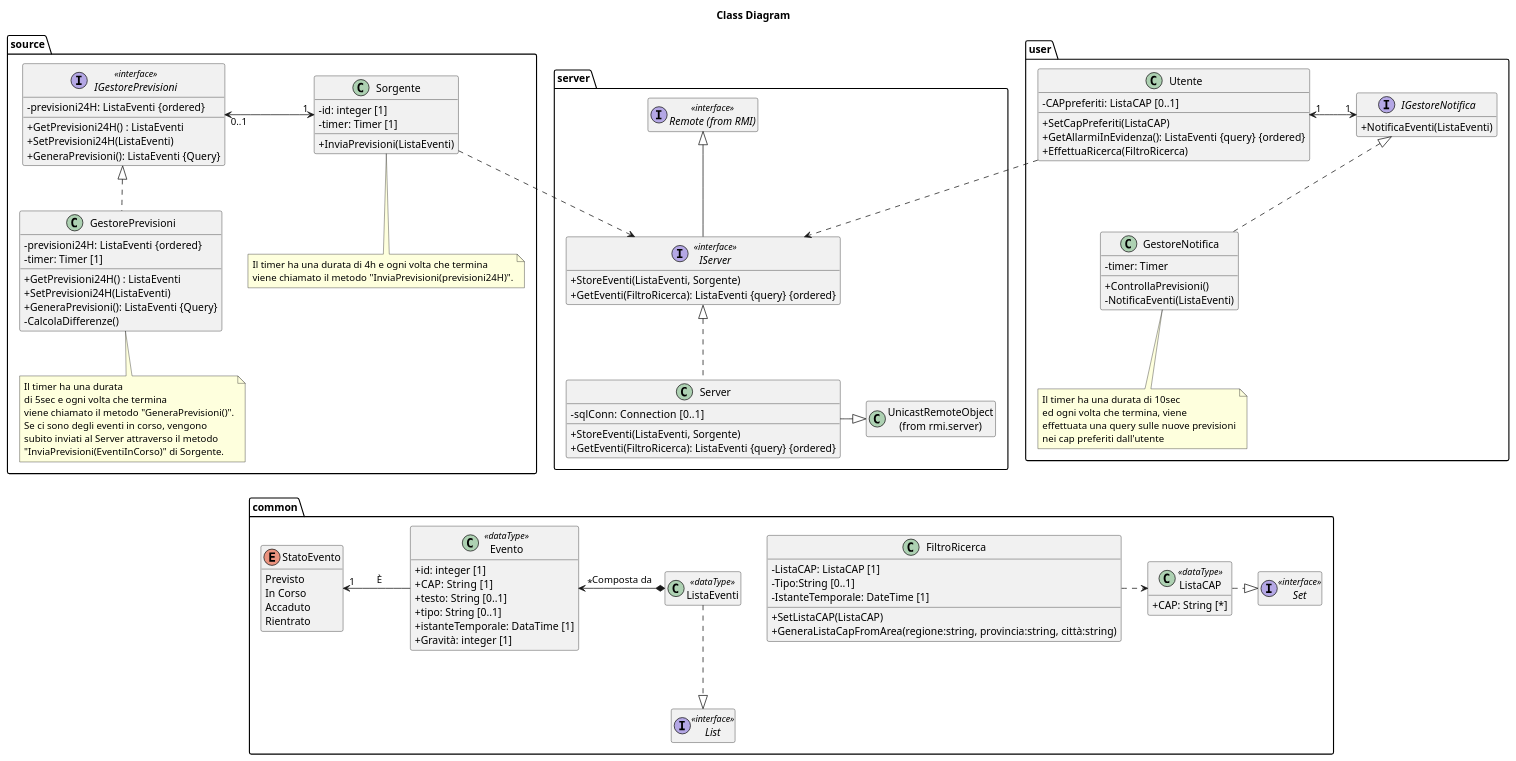
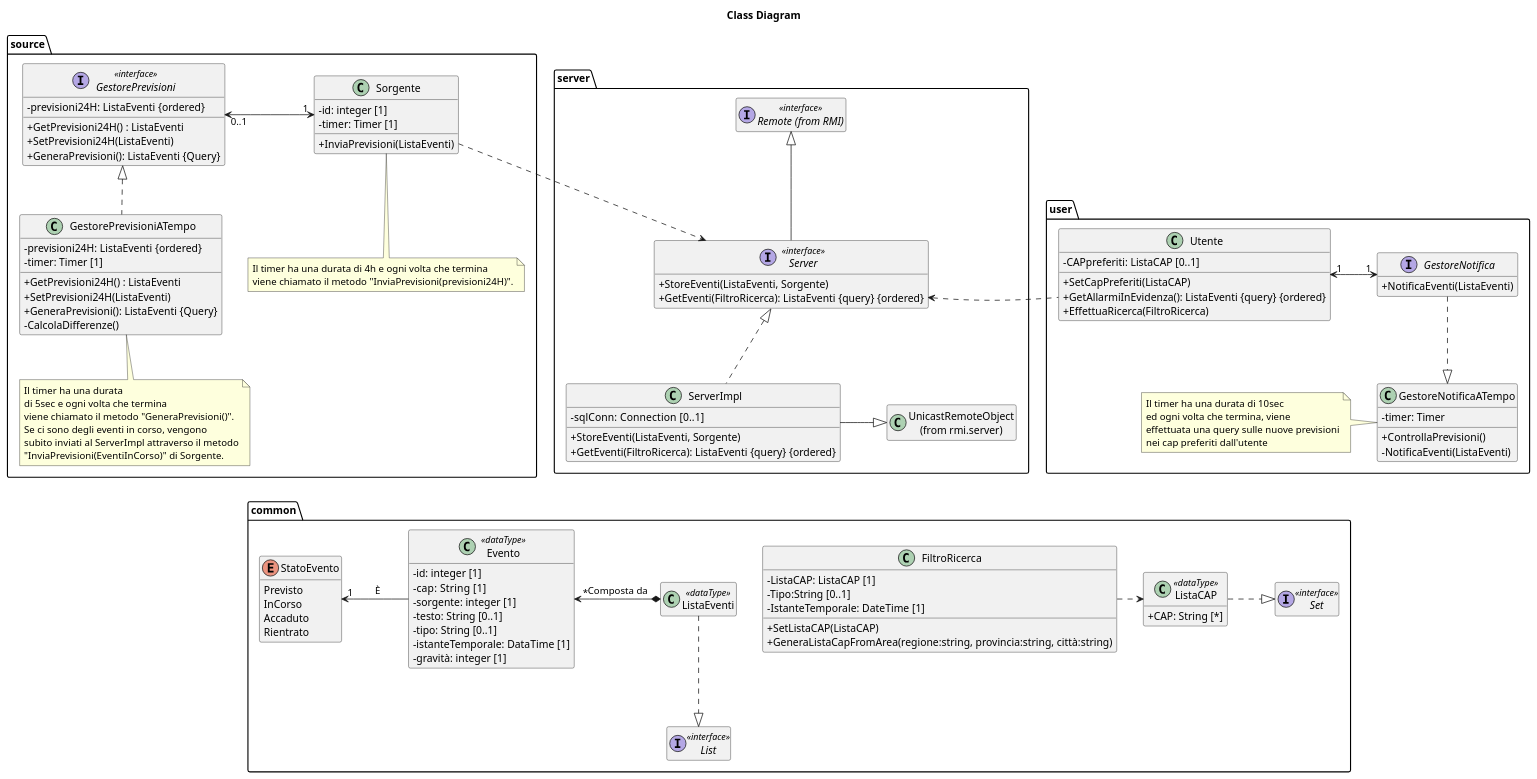
Before and after one commit to xFA25E/sweng_14_2019: the diagram in docs/diagrams/class.puml, drawn with PlantUML. The commit also changed 1 other file, not shown here.

Commit message:
changes in naming and layout of ClassDiagram

```diff
--- a/docs/diagrams/class.puml
+++ b/docs/diagrams/class.puml
@@ -1,130 +1,130 @@
 @startuml
 title Class Diagram
 package source {
-    interface IGestorePrevisioni<<interface>> {
+    interface GestorePrevisioni<<interface>> {
         - previsioni24H: ListaEventi {ordered}
         + GetPrevisioni24H() : ListaEventi
         + SetPrevisioni24H(ListaEventi)
         + GeneraPrevisioni(): ListaEventi {Query}
     }
 
-    class GestorePrevisioni {
+    class GestorePrevisioniATempo {
         - previsioni24H: ListaEventi {ordered}
         - timer: Timer [1]
         + GetPrevisioni24H() : ListaEventi
         + SetPrevisioni24H(ListaEventi)
         + GeneraPrevisioni(): ListaEventi {Query}
         - CalcolaDifferenze()
     }
 
     class Sorgente {
         - id: integer [1]
         - timer: Timer [1]
         + InviaPrevisioni(ListaEventi)
     }
     note bottom of Sorgente: Il timer ha una durata di 4h e ogni volta che termina\nviene chiamato il metodo "InviaPrevisioni(previsioni24H)".
-    note bottom of GestorePrevisioni: Il timer ha una durata\ndi 5sec e ogni volta che termina\nviene chiamato il metodo "GeneraPrevisioni()".\nSe ci sono degli eventi in corso, vengono\nsubito inviati al Server attraverso il metodo\n"InviaPrevisioni(EventiInCorso)" di Sorgente.
+    note bottom of GestorePrevisioniATempo: Il timer ha una durata\ndi 5sec e ogni volta che termina\nviene chiamato il metodo "GeneraPrevisioni()".\nSe ci sono degli eventi in corso, vengono\nsubito inviati al ServerImpl attraverso il metodo\n"InviaPrevisioni(EventiInCorso)" di Sorgente.
 
-    IGestorePrevisioni "0..1" <-> "1" Sorgente : \t\t\t
-    IGestorePrevisioni <|.. GestorePrevisioni
+    GestorePrevisioni "0..1" <-> "1" Sorgente : \t\t\t
+    GestorePrevisioni <|.. GestorePrevisioniATempo
 }
 
 package server{
     interface "Remote (from RMI)" as Remote <<interface>>
 
-    interface IServer<<interface>> {
+    interface Server<<interface>> {
         + StoreEventi(ListaEventi, Sorgente)
         + GetEventi(FiltroRicerca): ListaEventi {query} {ordered}
     }
 
-    class Server {
+    class ServerImpl {
         - sqlConn: Connection  [0..1]
         + StoreEventi(ListaEventi, Sorgente)
         + GetEventi(FiltroRicerca): ListaEventi {query} {ordered}
     }
 
     class "UnicastRemoteObject\n(from rmi.server)" as UnicastRemoteObject
 
-    Remote <|-- IServer
-    IServer <|.. Server
-    Server -|> UnicastRemoteObject
+    Remote <|-- Server
+    Server <|.. ServerImpl
+    ServerImpl -|> UnicastRemoteObject :\t
 }
 
-Sorgente .> IServer
+Sorgente .> Server
 
 package user {
     class Utente {
         - CAPpreferiti: ListaCAP [0..1]
         + SetCapPreferiti(ListaCAP)
         + GetAllarmiInEvidenza(): ListaEventi {query} {ordered}
         + EffettuaRicerca(FiltroRicerca)
     }
 
-    interface IGestoreNotifica {
+    interface GestoreNotifica {
         + NotificaEventi(ListaEventi)
     }
 
-    class GestoreNotifica {
+    class GestoreNotificaATempo {
         - timer: Timer
         + ControllaPrevisioni()
         - NotificaEventi(ListaEventi)
     }
-    note bottom of GestoreNotifica: Il timer ha una durata di 10sec\ned ogni volta che termina, viene\neffettuata una query sulle nuove previsioni\nnei cap preferiti dall'utente
+    note left of GestoreNotificaATempo: Il timer ha una durata di 10sec\ned ogni volta che termina, viene\neffettuata una query sulle nuove previsioni\nnei cap preferiti dall'utente
 
-    Utente "1" <-> "1" IGestoreNotifica :\t
-    IGestoreNotifica <|.. GestoreNotifica
+    Utente "1" <-> "1" GestoreNotifica :\t
+    GestoreNotifica ..|> GestoreNotificaATempo
 }
 
-Utente ..> IServer
+Server <. Utente
 
 package common {
     enum StatoEvento {
         Previsto
-        In Corso
+        InCorso
         Accaduto
         Rientrato
     }
 
     class Evento<<dataType>> {
-        + id: integer [1]
-        + CAP: String  [1]
-        + testo: String [0..1]
-        + tipo: String [0..1]
-        + istanteTemporale: DataTime [1]
-        + Gravità: integer [1]
+        - id: integer [1]
+        - cap: String  [1]
+        - sorgente: integer [1]
+        - testo: String [0..1]
+        - tipo: String [0..1]
+        - istanteTemporale: DataTime [1]
+        - gravità: integer [1]
     }
 
     class ListaEventi <<dataType>>
 
     interface List<<interface>>
 
     ListaEventi ..|> List: \t
     StatoEvento "1" <- Evento: \tÈ\t
     Evento " * " <-*  ListaEventi: Composta da
 
     class FiltroRicerca {
         - ListaCAP: ListaCAP [1]
         - Tipo:String [0..1]
         - IstanteTemporale: DateTime [1]
         + SetListaCAP(ListaCAP)
         + GeneraListaCapFromArea(regione:string, provincia:string, città:string)
     }
 
     class ListaCAP <<dataType>> {
         + CAP: String [*]
     }
 
     interface Set<<interface>>
 
-    ListaCAP .|> Set
+    ListaCAP .|> Set :\t
     FiltroRicerca .> ListaCAP
 }
 
 'Layout only
 hide empty members
 skinparam classAttributeIconSize 0
 ListaEventi -[hidden] FiltroRicerca
-GestorePrevisioni -[hidden]-- StatoEvento
-Server .[hidden].> ListaEventi
-Utente .[hidden].> FiltroRicerca
+GestorePrevisioniATempo -[hidden]-- StatoEvento
+ServerImpl .[hidden].> ListaEventi
 @enduml
```
